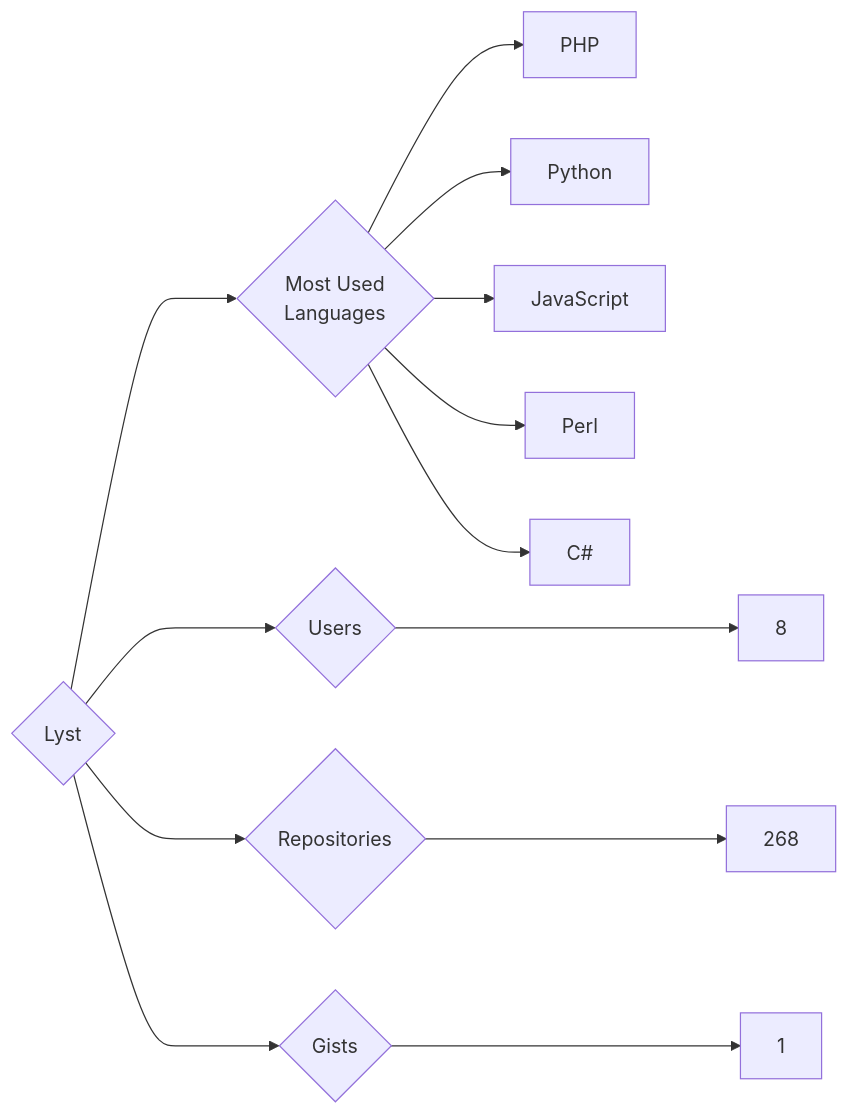
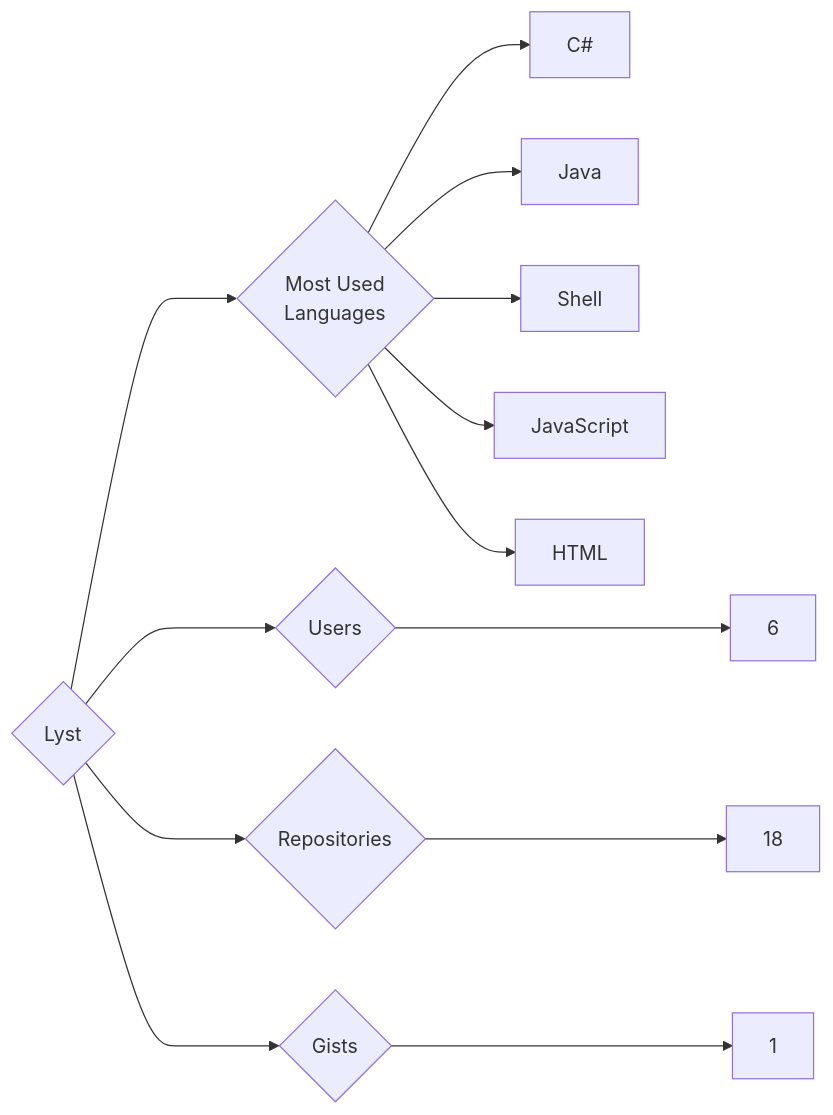
One commit to trickest/insiders changed the diagram in targets/Lyst/README.md. Above: the diagram before and after it, drawn with Mermaid. The commit also changed 835 other files, not shown here.

````diff
--- a/targets/Lyst/README.md
+++ b/targets/Lyst/README.md
@@ -3,13 +3,13 @@
 ```mermaid
 graph LR
 COMPANY_NAME{Lyst}
-COMPANY_NAME ---> U{Users} ---> UN[8]
-COMPANY_NAME ---> R{Repositories} ---> RN[268]
+COMPANY_NAME ---> U{Users} ---> UN[6]
+COMPANY_NAME ---> R{Repositories} ---> RN[18]
 COMPANY_NAME ---> G{Gists} ---> GN[1]
 COMPANY_NAME ---> ML{Most Used<br>Languages}
-ML --> PHP[PHP]
-ML --> Python[Python]
+ML --> C#[C#]
+ML --> Java[Java]
+ML --> Shell[Shell]
 ML --> JavaScript[JavaScript]
-ML --> Perl[Perl]
-ML --> C#[C#]
+ML --> HTML[HTML]
 ```
````
